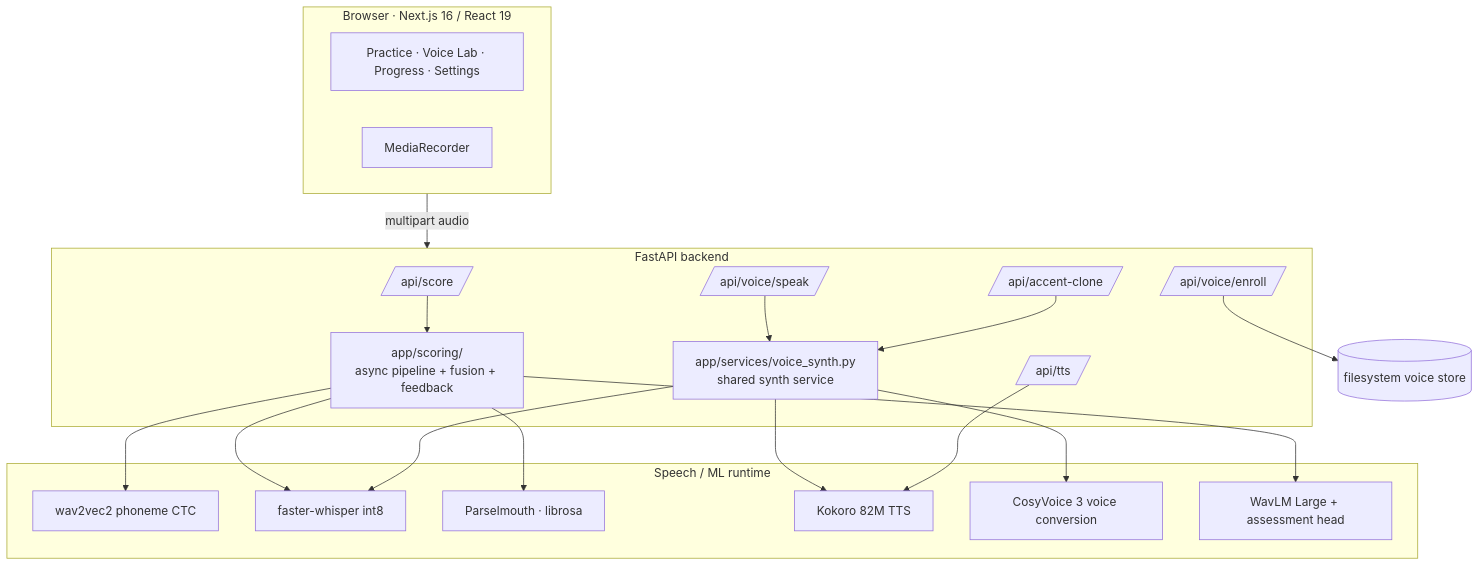
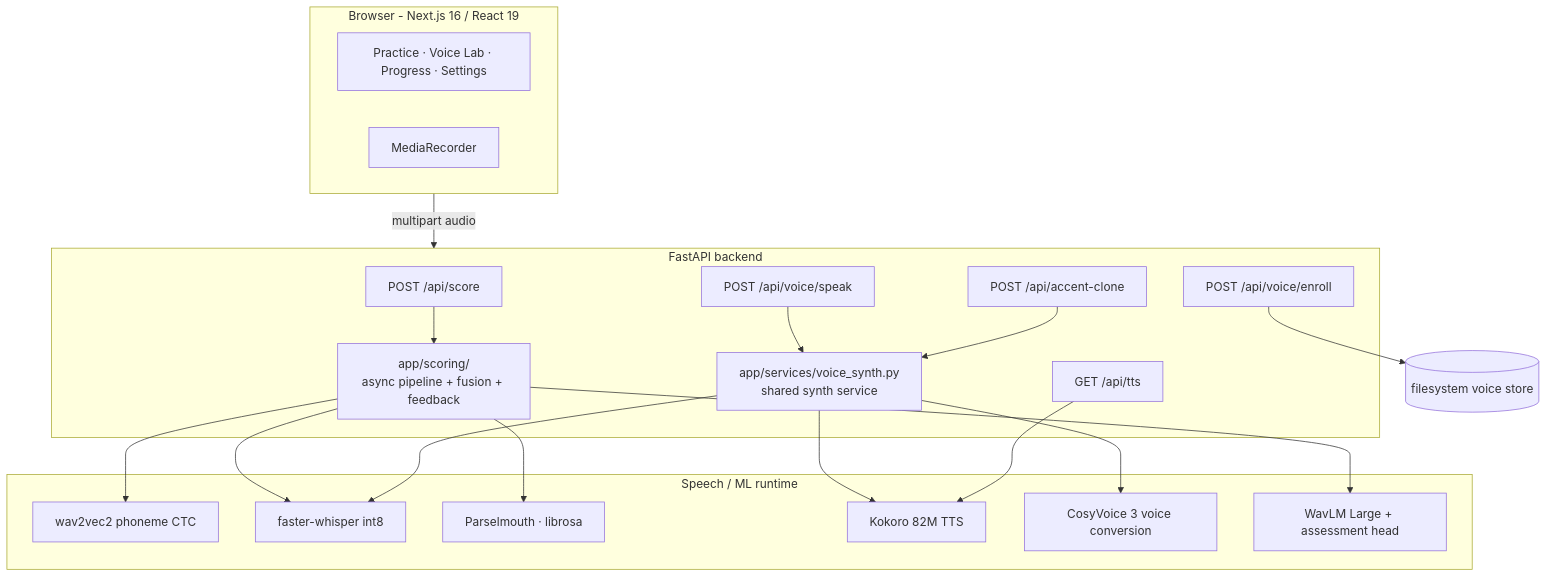
Before and after one commit to vikranthreddimasu/PronounceAI: the third of 3 diagrams in README.md, drawn with Mermaid. The commit also changed other lines of this file, not shown here.

First line of the commit message:
fix(readme): use release-asset URLs for inline video + repair Mermaid syntax

````diff
--- a/README.md
+++ b/README.md
@@ -163,35 +182,40 @@
 ```mermaid
 flowchart TB
-  subgraph Browser["Browser · Next.js 16 / React 19"]
-    UI[Practice · Voice Lab · Progress · Settings]
-    REC[MediaRecorder]
+  subgraph Browser["Browser - Next.js 16 / React 19"]
+    UI["Practice · Voice Lab · Progress · Settings"]
+    REC["MediaRecorder"]
   end
 
   subgraph FastAPI["FastAPI backend"]
-    R1[/api/score/]
-    R2[/api/voice/speak/]
-    R3[/api/accent-clone/]
-    R4[/api/voice/enroll/]
-    R5[/api/tts/]
-    SC[app/scoring/<br/>async pipeline + fusion + feedback]
-    VS[app/services/voice_synth.py<br/>shared synth service]
+    R1["POST /api/score"]
+    R2["POST /api/voice/speak"]
+    R3["POST /api/accent-clone"]
+    R4["POST /api/voice/enroll"]
+    R5["GET /api/tts"]
+    SC["app/scoring/<br/>async pipeline + fusion + feedback"]
+    VS["app/services/voice_synth.py<br/>shared synth service"]
     R1 --> SC
     R2 --> VS
     R3 --> VS
   end
 
   subgraph Models["Speech / ML runtime"]
-    M1[wav2vec2 phoneme CTC]
-    M2[faster-whisper int8]
-    M3[Parselmouth · librosa]
-    M4[Kokoro 82M TTS]
-    M5[CosyVoice 3 voice conversion]
-    M6[WavLM Large + assessment head]
+    M1["wav2vec2 phoneme CTC"]
+    M2["faster-whisper int8"]
+    M3["Parselmouth · librosa"]
+    M4["Kokoro 82M TTS"]
+    M5["CosyVoice 3 voice conversion"]
+    M6["WavLM Large + assessment head"]
   end
 
-  Browser -- multipart audio --> FastAPI
-  SC --> M1 & M2 & M3 & M6
-  VS --> M4 & M5 & M2
-  R4 --> FS[(filesystem voice store)]
+  Browser -->|"multipart audio"| FastAPI
+  SC --> M1
+  SC --> M2
+  SC --> M3
+  SC --> M6
+  VS --> M4
+  VS --> M5
+  VS --> M2
+  R4 --> FS[("filesystem voice store")]
   R5 --> M4
 ```
````
